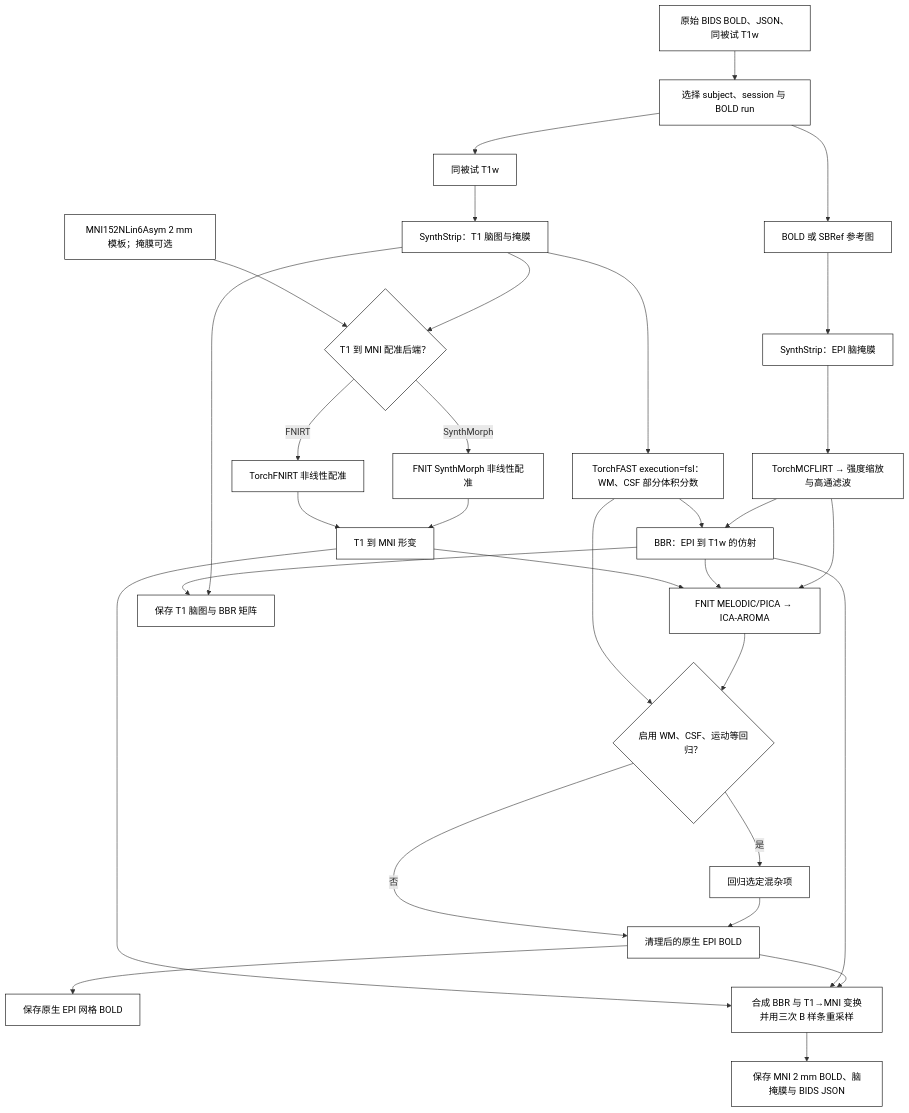
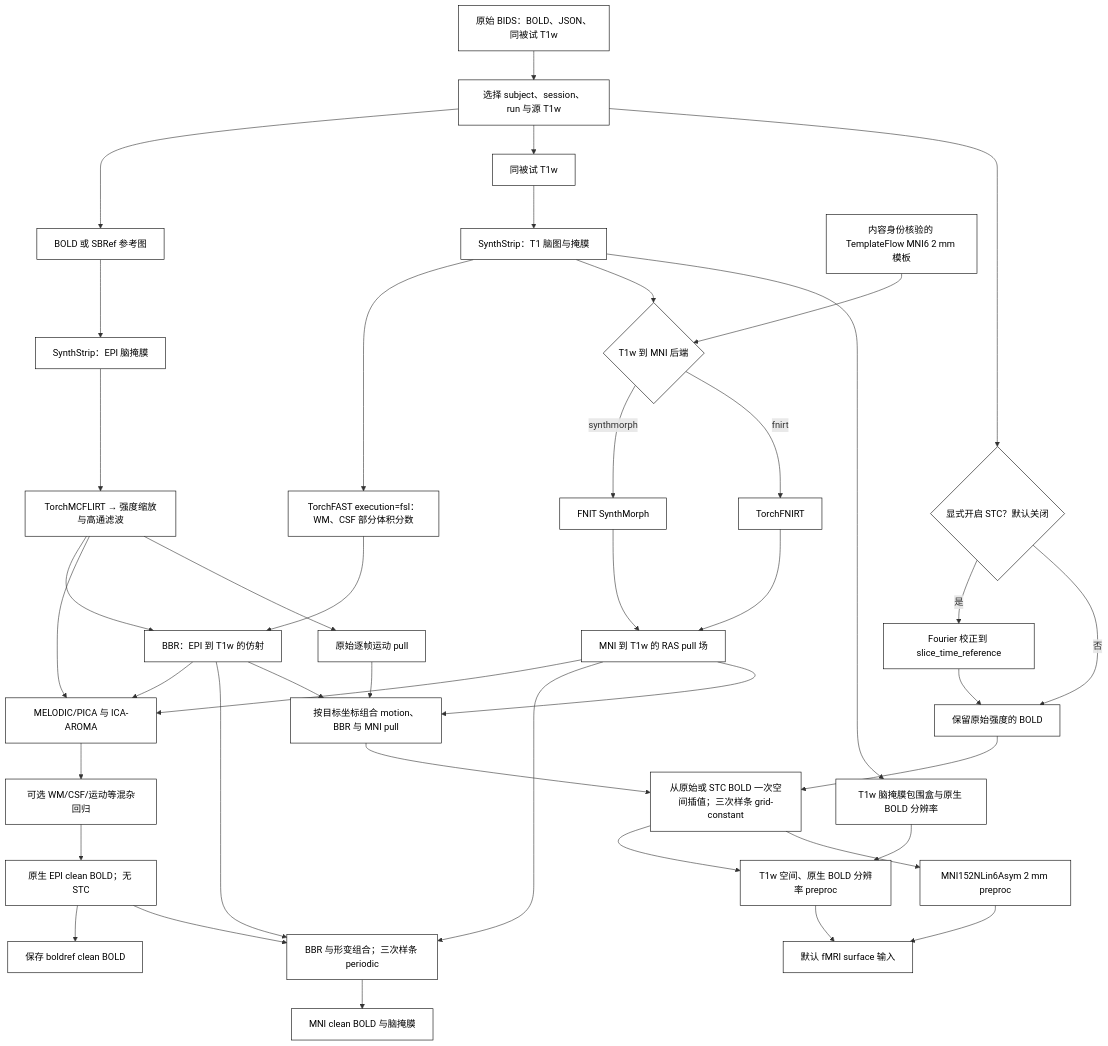
The diagram in docs/fmri/README.md (weikanggong1/Fudan-Neuroimaging-toolkit), drawn with Mermaid before and after one commit. The commit also changed other lines of this file and 90 other files, not shown here.

First line of the commit message:
Align non-MSM fMRI preprocessing and surface projection

````diff
--- a/docs/fmri/README.md
+++ b/docs/fmri/README.md
@@ -7,31 +11,39 @@
 ```mermaid
 flowchart TD
-    BIDS["原始 BIDS BOLD、JSON、同被试 T1w"] --> SEL["选择 subject、session 与 BOLD run"]
+    BIDS["原始 BIDS：BOLD、JSON、同被试 T1w"] --> SEL["选择 subject、session、run 与源 T1w"]
     SEL --> EPI["BOLD 或 SBRef 参考图"]
     SEL --> T1["同被试 T1w"]
     EPI --> MASK["SynthStrip：EPI 脑掩膜"] --> FEAT["TorchMCFLIRT → 强度缩放与高通滤波"]
     T1 --> BRAIN["SynthStrip：T1 脑图与掩膜"] --> FAST["TorchFAST execution=fsl：WM、CSF 部分体积分数"]
     FEAT --> BBR["BBR：EPI 到 T1w 的仿射"]
     FAST --> BBR
-    BRAIN --> REG{"T1 到 MNI 配准后端？"}
-    MNI["MNI152NLin6Asym 2 mm 模板；掩膜可选"] --> REG
-    REG -- SynthMorph --> SM["FNIT SynthMorph 非线性配准"]
-    REG -- FNIRT --> FN["TorchFNIRT 非线性配准"]
-    SM --> XFM["T1 到 MNI 形变"]
-    FN --> XFM
-    FEAT --> ICA["FNIT MELODIC/PICA → ICA-AROMA"]
+    BRAIN --> REG{"T1w 到 MNI 后端"}
+    TEMPLATE["内容身份核验的 TemplateFlow MNI6 2 mm 模板"] --> REG
+    REG -- synthmorph --> SM["FNIT SynthMorph"] --> XFM["MNI 到 T1w 的 RAS pull 场"]
+    REG -- fnirt --> FN["TorchFNIRT"] --> XFM
+    FEAT --> ICA["MELODIC/PICA 与 ICA-AROMA"]
     BBR --> ICA
     XFM --> ICA
-    ICA --> CONF{"启用 WM、CSF、运动等回归？"}
-    FAST --> CONF
-    CONF -- 是 --> REGRESS["回归选定混杂项"] --> CLEAN["清理后的原生 EPI BOLD"]
-    CONF -- 否 --> CLEAN
-    CLEAN --> NATIVE["保存原生 EPI 网格 BOLD"]
-    BRAIN --> AUX["保存 T1 脑图与 BBR 矩阵"]
-    BBR --> AUX
-    CLEAN --> RESAMPLE["合成 BBR 与 T1→MNI 变换并用三次 B 样条重采样"]
-    BBR --> RESAMPLE
-    XFM --> RESAMPLE
-    RESAMPLE --> OUT["保存 MNI 2 mm BOLD、脑掩膜与 BIDS JSON"]
+    ICA --> CONF["可选 WM/CSF/运动等混杂回归"]
+    CONF --> CLEAN["原生 EPI clean BOLD；无 STC"]
+    CLEAN --> CNATIVE["保存 boldref clean BOLD"]
+    CLEAN --> CMNI["BBR 与形变组合；三次样条 periodic"]
+    XFM --> CMNI
+    BBR --> CMNI
+    CMNI --> COUT["MNI clean BOLD 与脑掩膜"]
+    SEL --> STC{"显式开启 STC？默认关闭"}
+    STC -- 是 --> FOURIER["Fourier 校正到 slice_time_reference"] --> MINIMAL["保留原始强度的 BOLD"]
+    STC -- 否 --> MINIMAL
+    FEAT --> MOTION["原始逐帧运动 pull"]
+    MOTION --> COMPOSE["按目标坐标组合 motion、BBR 与 MNI pull"]
+    BBR --> COMPOSE
+    XFM --> COMPOSE
+    COMPOSE --> SINGLE["从原始或 STC BOLD 一次空间插值；三次样条 grid-constant"]
+    MINIMAL --> SINGLE
+    SINGLE --> PT1["T1w 空间、原生 BOLD 分辨率 preproc"]
+    SINGLE --> PMNI["MNI152NLin6Asym 2 mm preproc"]
+    BRAIN --> REF["T1w 脑掩膜包围盒与原生 BOLD 分辨率"] --> PT1
+    PT1 --> SURF["默认 fMRI surface 输入"]
+    PMNI --> SURF
     classDef default fill:#ffffff,stroke:#000000,color:#000000;
 ```
````
